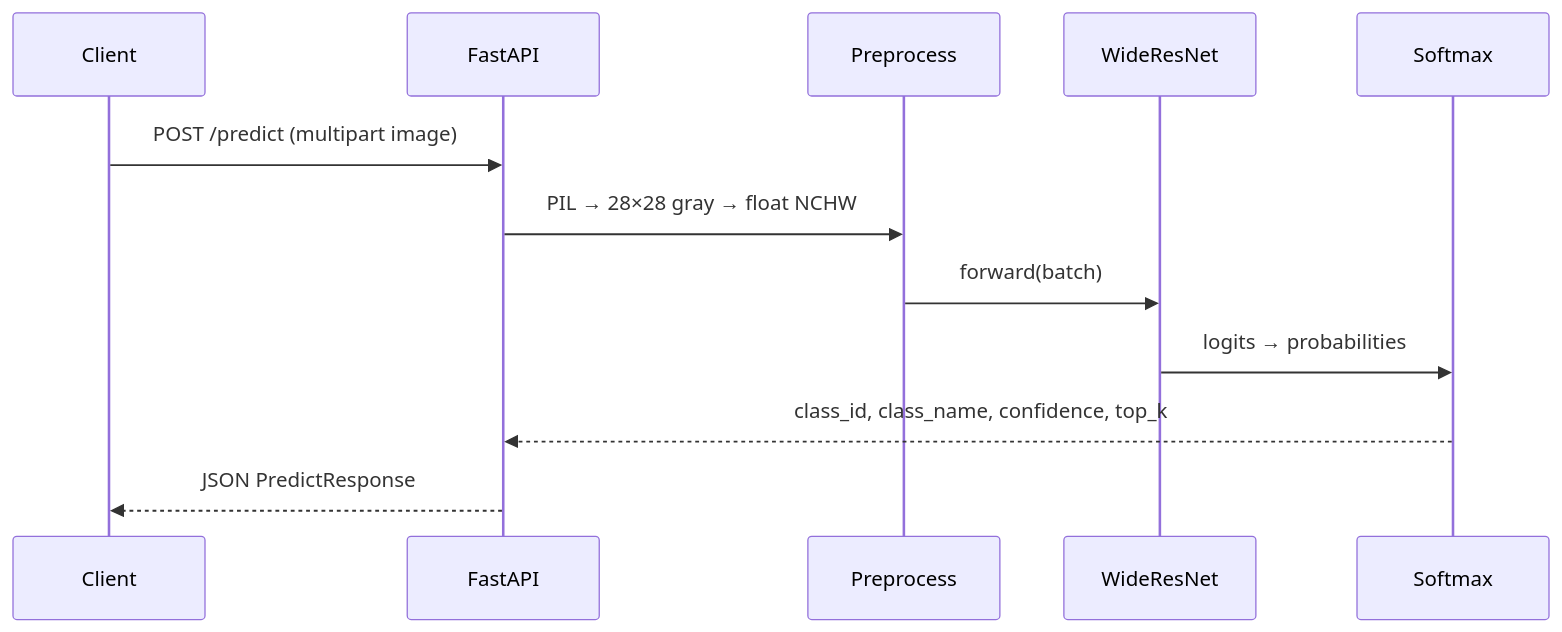
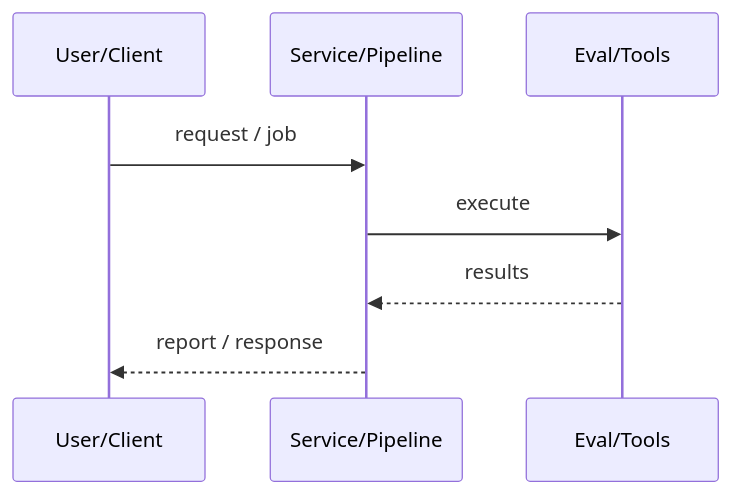
Before and after one commit to ArchanaChetan07/Apparel-Image-Classification-with-WideResNet: the second of 3 diagrams in README.md, drawn with Mermaid. The commit also changed other lines of this file, not shown here.

Commit message:
docs: FAANG-ready professional README with diagrams and verified metrics

````diff
--- a/README.md
+++ b/README.md
@@ -160,15 +37,10 @@
 ```mermaid
 sequenceDiagram
-    participant C as Client
-    participant A as FastAPI
-    participant P as Preprocess
-    participant M as WideResNet
-    participant S as Softmax
-
-    C->>A: POST /predict (multipart image)
-    A->>P: PIL → 28×28 gray → float NCHW
-    P->>M: forward(batch)
-    M->>S: logits → probabilities
-    S-->>A: class_id, class_name, confidence, top_k
-    A-->>C: JSON PredictResponse
+  participant U as User/Client
+  participant S as Service/Pipeline
+  participant E as Eval/Tools
+  U->>S: request / job
+  S->>E: execute
+  E-->>S: results
+  S-->>U: report / response
 ```
````
